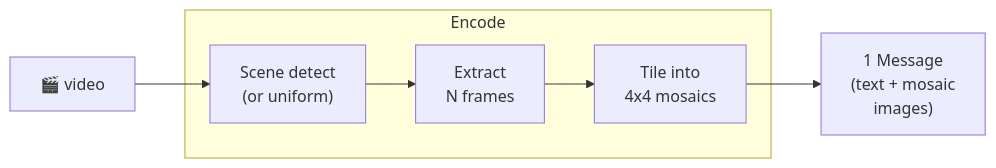
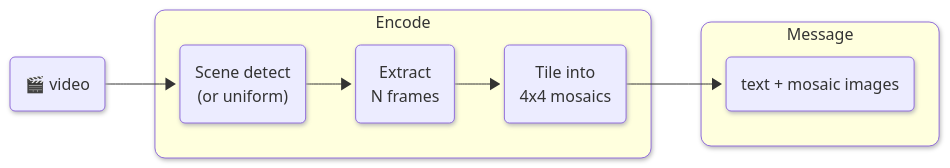
Before and after one commit to vlm-run/mm: the third of 17 diagrams in docs/ENCODERS.md, drawn with Mermaid. The commit also changed other lines of this file and 1 other file, not shown here.

Commit message:
Use a proper message block with subgroups (#146)

````diff
--- a/docs/ENCODERS.md
+++ b/docs/ENCODERS.md
@@ -82,14 +92,19 @@
 ```mermaid
+%%{init: {'look': 'neo'} }%%
 graph LR
-  video["🎬 video"]
+  video("🎬 video")
 
   subgraph encode ["Encode"]
-    detect["Scene detect\n(or uniform)"]
-    frames["Extract\nN frames"]
-    tile["Tile into\n4x4 mosaics"]
+    detect("Scene detect\n(or uniform)")
+    frames("Extract\nN frames")
+    tile("Tile into\n4x4 mosaics")
   end
 
-  msg["1 Message\n(text + mosaic\nimages)"]
+  subgraph message ["Message"]
+    msg("text + mosaic images")
+  end
 
   video --> detect --> frames --> tile --> msg
+  style encode rx:10px,ry:10px
+  style message rx:10px,ry:10px
 ```
````
